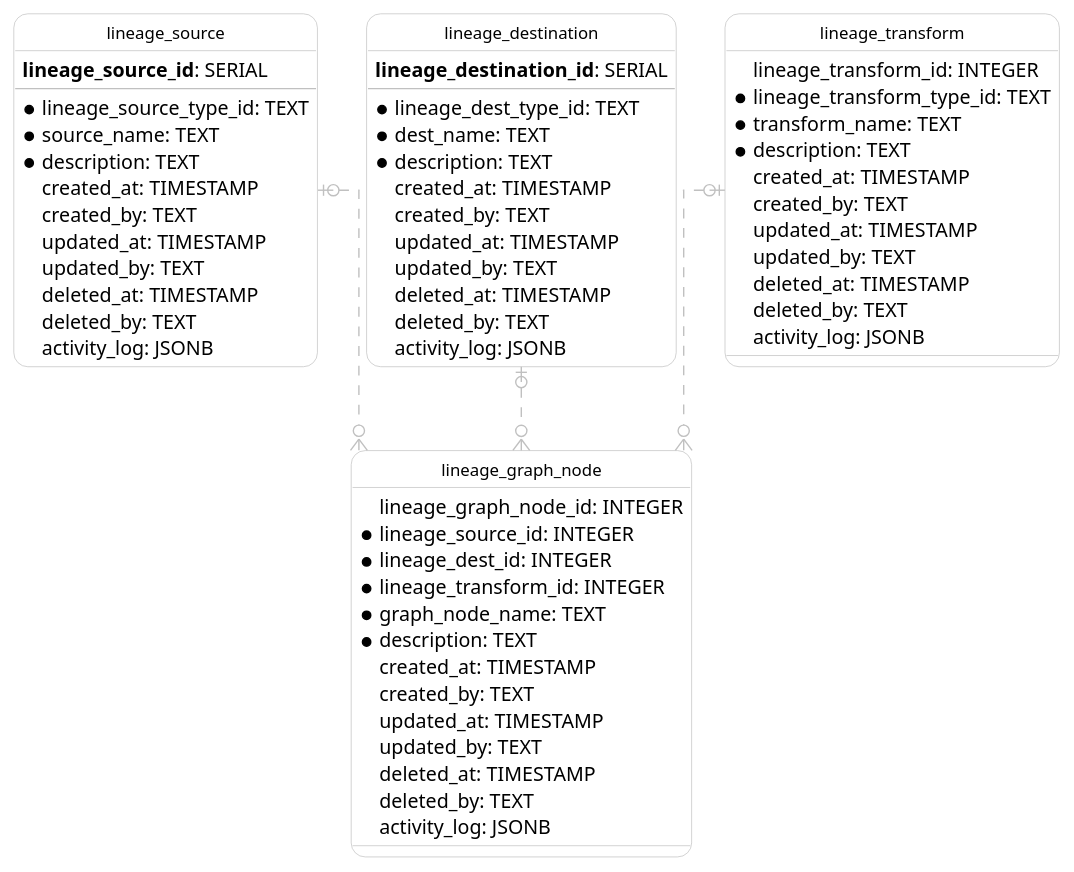
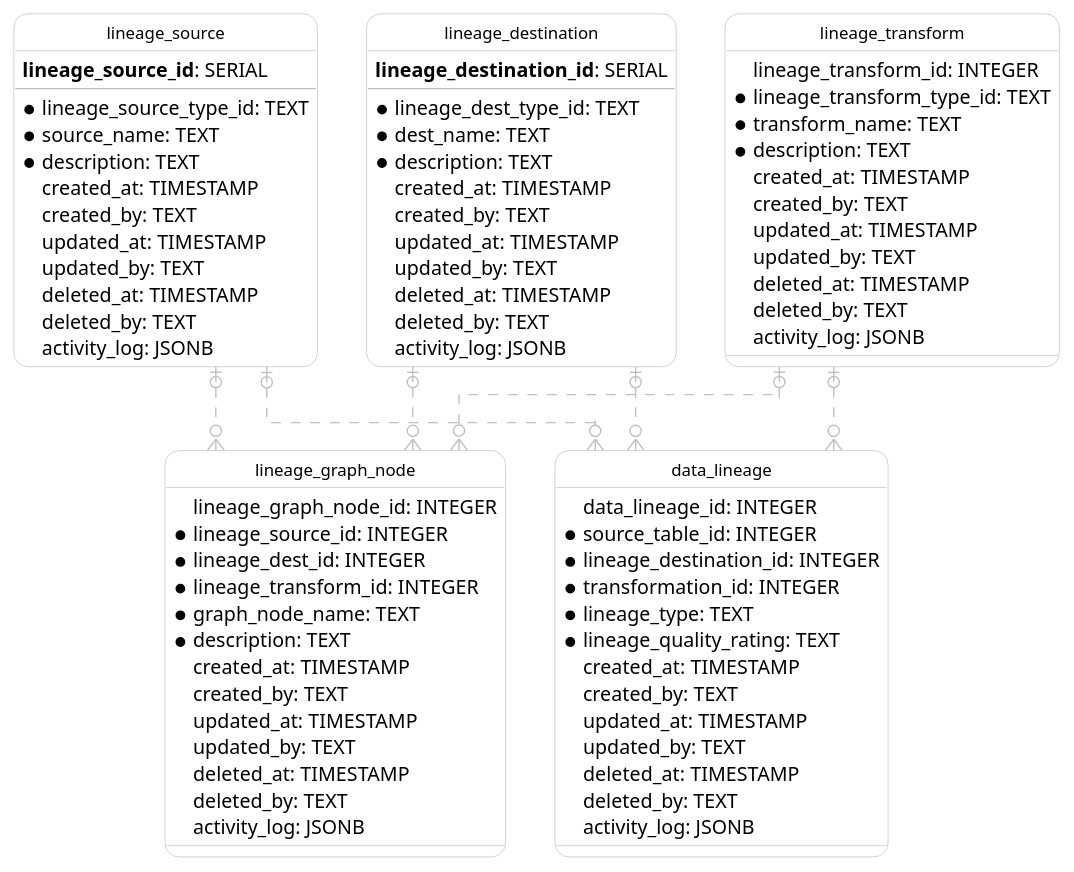
Before and after one commit to netspective-labs/sql-aide: the diagram in pattern/quality-system/models_test.fixture.puml, drawn with PlantUML. The commit also changed 4 other files, not shown here.

First line of the commit message:
feat: add table for data lineage #104

```diff
--- a/pattern/quality-system/models_test.fixture.puml
+++ b/pattern/quality-system/models_test.fixture.puml
@@ -1,76 +1,95 @@
 @startuml IE
   hide circle
   skinparam linetype ortho
   skinparam roundcorner 20
   skinparam class {
     BackgroundColor White
     ArrowColor Silver
     BorderColor Silver
     FontColor Black
     FontSize 12
   }
 
   entity "lineage_source" as lineage_source {
       **lineage_source_id**: SERIAL
     --
     * lineage_source_type_id: TEXT
     * source_name: TEXT
     * description: TEXT
       created_at: TIMESTAMP
       created_by: TEXT
       updated_at: TIMESTAMP
       updated_by: TEXT
       deleted_at: TIMESTAMP
       deleted_by: TEXT
       activity_log: JSONB
   }
 
   entity "lineage_destination" as lineage_destination {
       **lineage_destination_id**: SERIAL
     --
     * lineage_dest_type_id: TEXT
     * dest_name: TEXT
     * description: TEXT
       created_at: TIMESTAMP
       created_by: TEXT
       updated_at: TIMESTAMP
       updated_by: TEXT
       deleted_at: TIMESTAMP
       deleted_by: TEXT
       activity_log: JSONB
   }
 
   entity "lineage_transform" as lineage_transform {
       lineage_transform_id: INTEGER
     * lineage_transform_type_id: TEXT
     * transform_name: TEXT
     * description: TEXT
       created_at: TIMESTAMP
       created_by: TEXT
       updated_at: TIMESTAMP
       updated_by: TEXT
       deleted_at: TIMESTAMP
       deleted_by: TEXT
       activity_log: JSONB
   }
 
   entity "lineage_graph_node" as lineage_graph_node {
       lineage_graph_node_id: INTEGER
     * lineage_source_id: INTEGER
     * lineage_dest_id: INTEGER
     * lineage_transform_id: INTEGER
     * graph_node_name: TEXT
     * description: TEXT
       created_at: TIMESTAMP
       created_by: TEXT
       updated_at: TIMESTAMP
       updated_by: TEXT
       deleted_at: TIMESTAMP
       deleted_by: TEXT
       activity_log: JSONB
   }
 
+  entity "data_lineage" as data_lineage {
+      data_lineage_id: INTEGER
+    * source_table_id: INTEGER
+    * lineage_destination_id: INTEGER
+    * transformation_id: INTEGER
+    * lineage_type: TEXT
+    * lineage_quality_rating: TEXT
+      created_at: TIMESTAMP
+      created_by: TEXT
+      updated_at: TIMESTAMP
+      updated_by: TEXT
+      deleted_at: TIMESTAMP
+      deleted_by: TEXT
+      activity_log: JSONB
+  }
+
   lineage_source |o..o{ lineage_graph_node
   lineage_destination |o..o{ lineage_graph_node
   lineage_transform |o..o{ lineage_graph_node
+  lineage_source |o..o{ data_lineage
+  lineage_destination |o..o{ data_lineage
+  lineage_transform |o..o{ data_lineage
 @enduml
```
